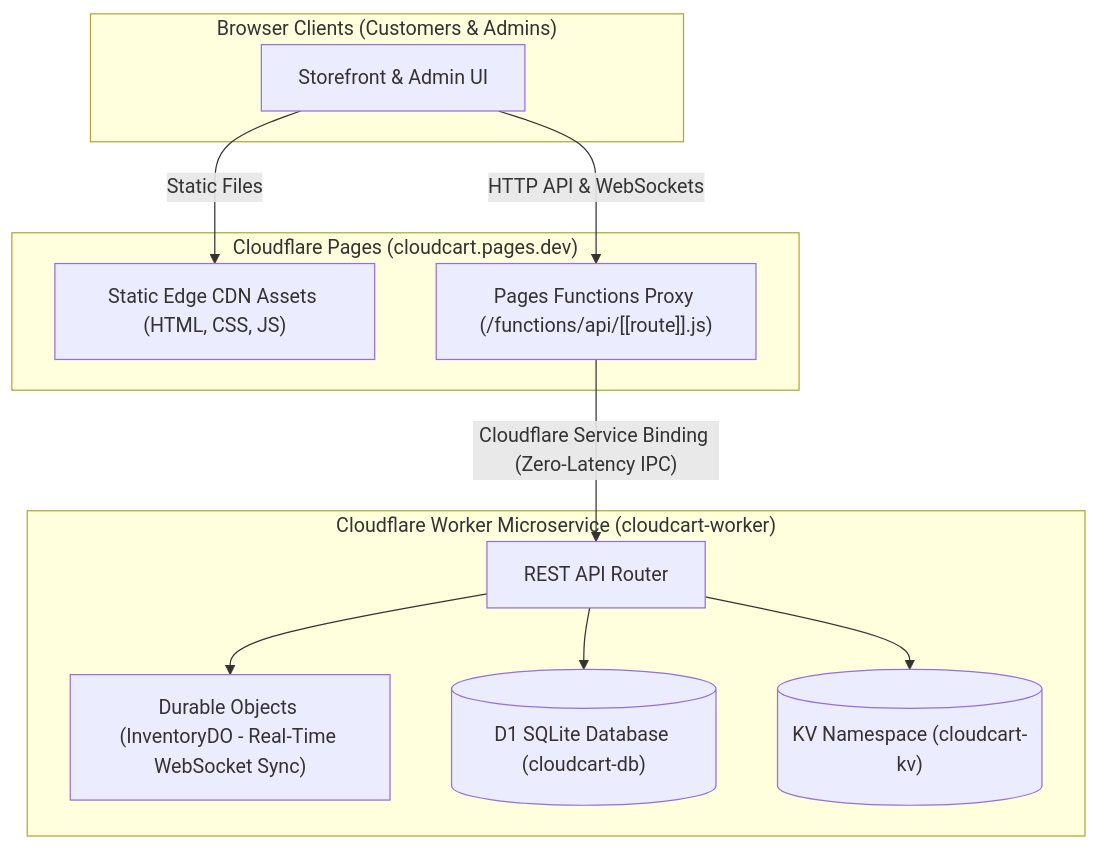
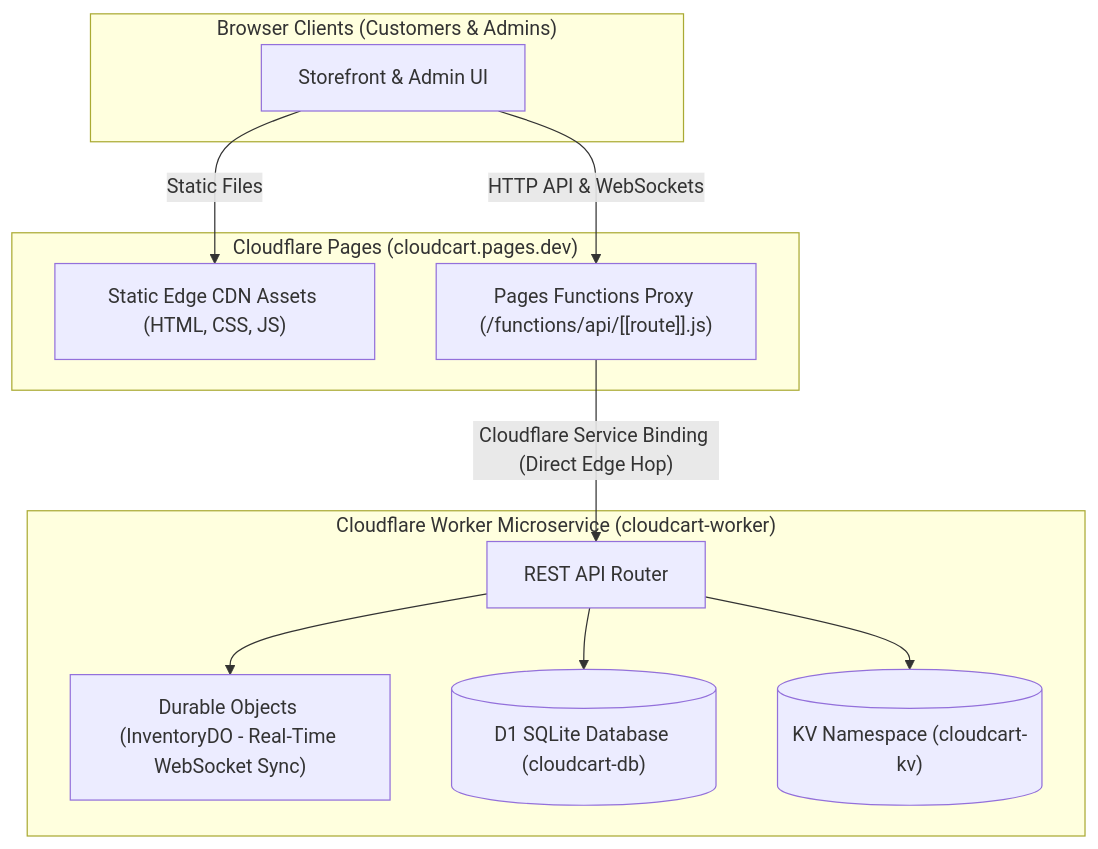
The diagram in README.md (ShreeMaiya/CloudCart), drawn with Mermaid before and after one commit. The commit also changed other lines of this file and 16 other files, not shown here.

````diff
--- a/README.md
+++ b/README.md
@@ -9,25 +9,25 @@
 ```mermaid
 flowchart TD
     subgraph Client["Browser Clients (Customers & Admins)"]
         UI["Storefront & Admin UI"]
     end
 
     subgraph Pages["Cloudflare Pages (cloudcart.pages.dev)"]
         StaticAssets["Static Edge CDN Assets (HTML, CSS, JS)"]
         PagesFunction["Pages Functions Proxy (/functions/api/[[route]].js)"]
     end
 
     subgraph Worker["Cloudflare Worker Microservice (cloudcart-worker)"]
         API["REST API Router"]
         DO["Durable Objects (InventoryDO - Real-Time WebSocket Sync)"]
         D1[("D1 SQLite Database (cloudcart-db)")]
         KV[("KV Namespace (cloudcart-kv)")]
     end
 
     UI -->|"Static Files"| StaticAssets
     UI -->|"HTTP API & WebSockets"| PagesFunction
-    PagesFunction -->|"Cloudflare Service Binding (Zero-Latency IPC)"| API
+    PagesFunction -->|"Cloudflare Service Binding (Direct Edge Hop)"| API
     API --> DO
     API --> D1
     API --> KV
 ```
````
